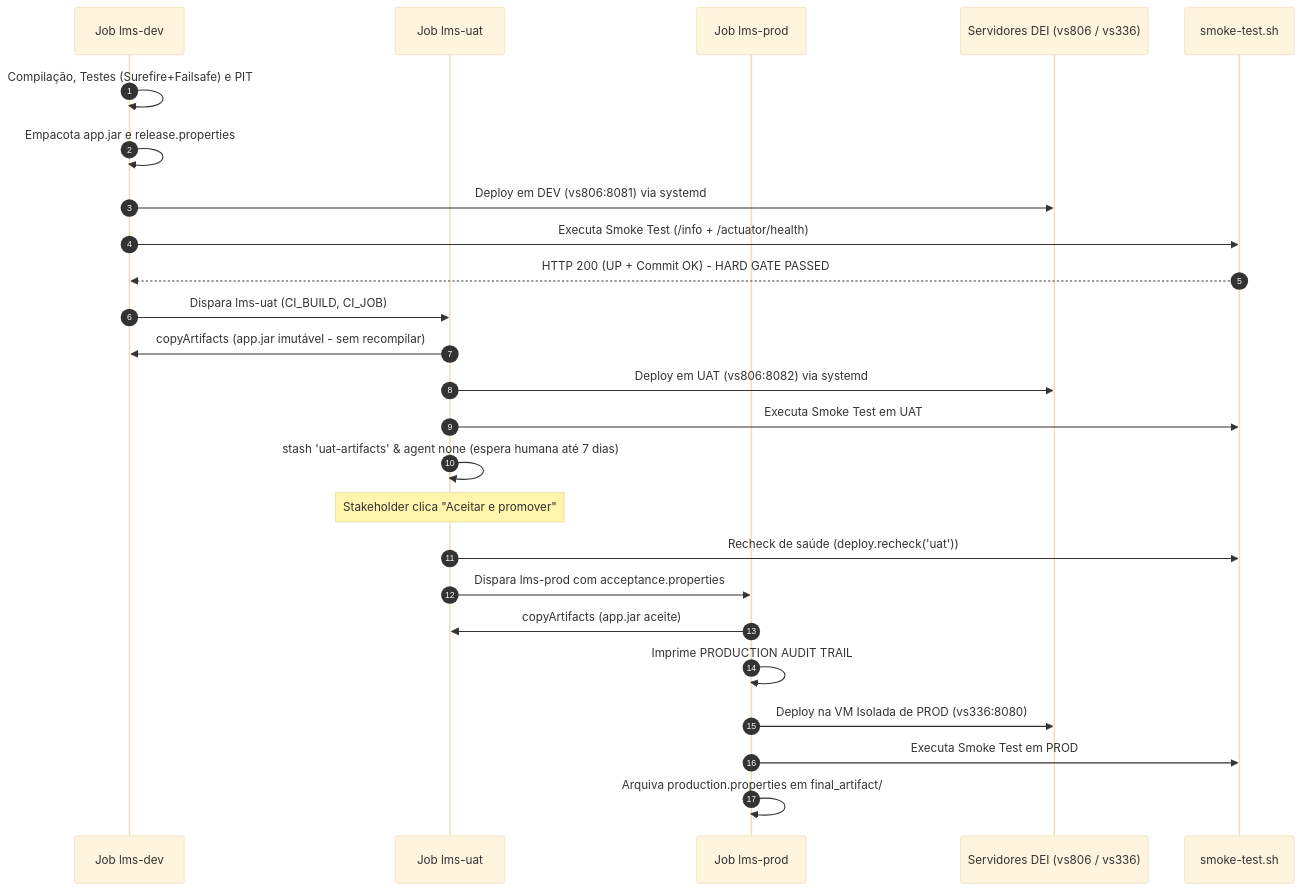
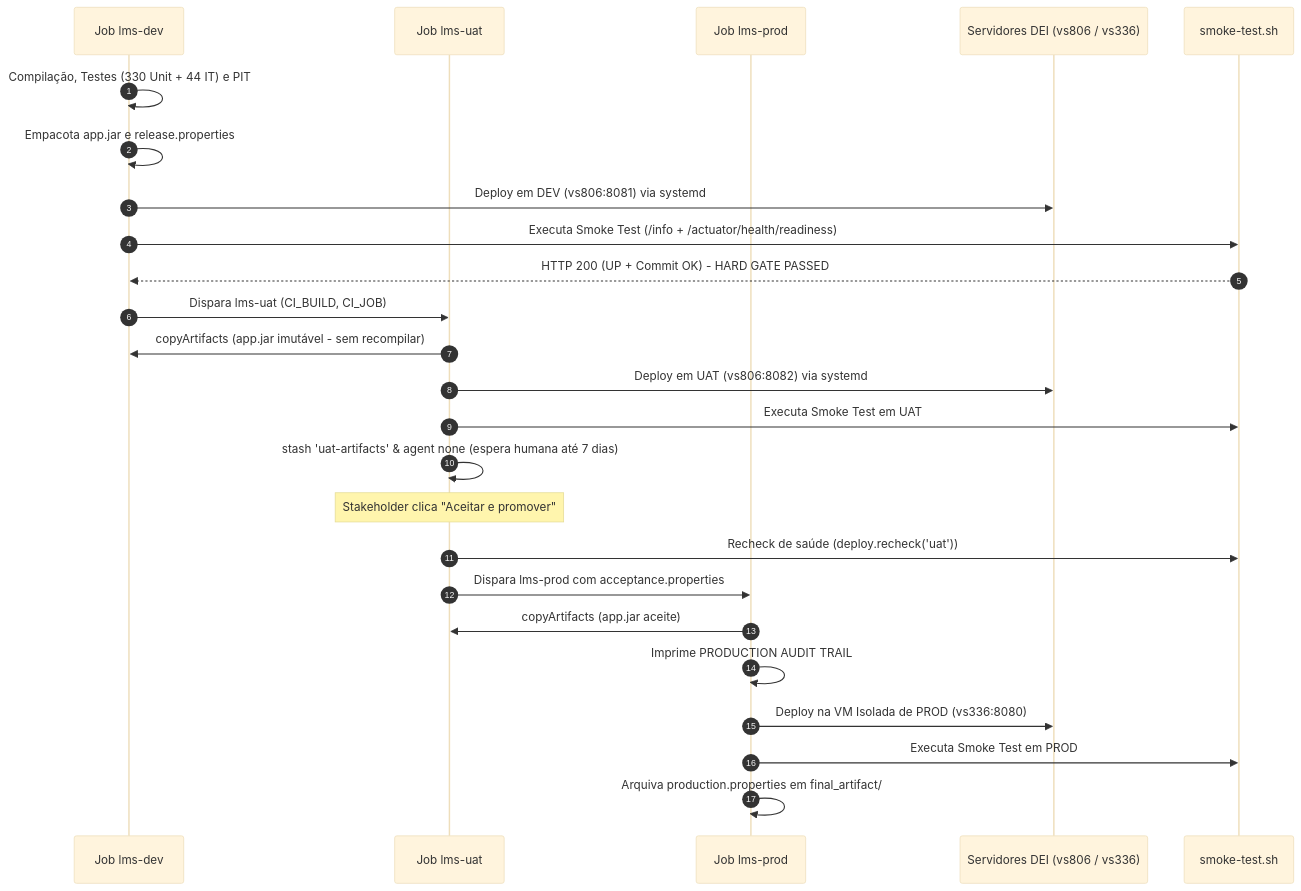
One commit to RafaelBrandao04/psoft-project-2026-1 changed the second of 2 diagrams in Docs/ODSOFT/relatorio-contribuicoes-goncalo-neto.md. Above: the diagram before and after it, drawn with Mermaid (base theme). The commit also changed other lines of this file and 17 other files, not shown here.

````diff
--- a/Docs/ODSOFT/relatorio-contribuicoes-goncalo-neto.md
+++ b/Docs/ODSOFT/relatorio-contribuicoes-goncalo-neto.md
@@ -110,30 +91,30 @@
 ```mermaid
 sequenceDiagram
     autonumber
     participant DEV as Job lms-dev
     participant UAT as Job lms-uat
     participant PROD as Job lms-prod
     participant SVR as Servidores DEI (vs806 / vs336)
     participant SMOKE as smoke-test.sh
 
-    DEV->>DEV: Compilação, Testes (Surefire+Failsafe) e PIT
+    DEV->>DEV: Compilação, Testes (330 Unit + 44 IT) e PIT
     DEV->>DEV: Empacota app.jar e release.properties
     DEV->>SVR: Deploy em DEV (vs806:8081) via systemd
-    DEV->>SMOKE: Executa Smoke Test (/info + /actuator/health)
+    DEV->>SMOKE: Executa Smoke Test (/info + /actuator/health/readiness)
     SMOKE-->>DEV: HTTP 200 (UP + Commit OK) - HARD GATE PASSED
     DEV->>UAT: Dispara lms-uat (CI_BUILD, CI_JOB)
     
     UAT->>DEV: copyArtifacts (app.jar imutável - sem recompilar)
     UAT->>SVR: Deploy em UAT (vs806:8082) via systemd
     UAT->>SMOKE: Executa Smoke Test em UAT
     UAT->>UAT: stash 'uat-artifacts' & agent none (espera humana até 7 dias)
     Note over UAT: Stakeholder clica "Aceitar e promover"
     UAT->>SMOKE: Recheck de saúde (deploy.recheck('uat'))
     UAT->>PROD: Dispara lms-prod com acceptance.properties
     
     PROD->>UAT: copyArtifacts (app.jar aceite)
     PROD->>PROD: Imprime PRODUCTION AUDIT TRAIL
     PROD->>SVR: Deploy na VM Isolada de PROD (vs336:8080)
     PROD->>SMOKE: Executa Smoke Test em PROD
     PROD->>PROD: Arquiva production.properties em final_artifact/
 ```
````
